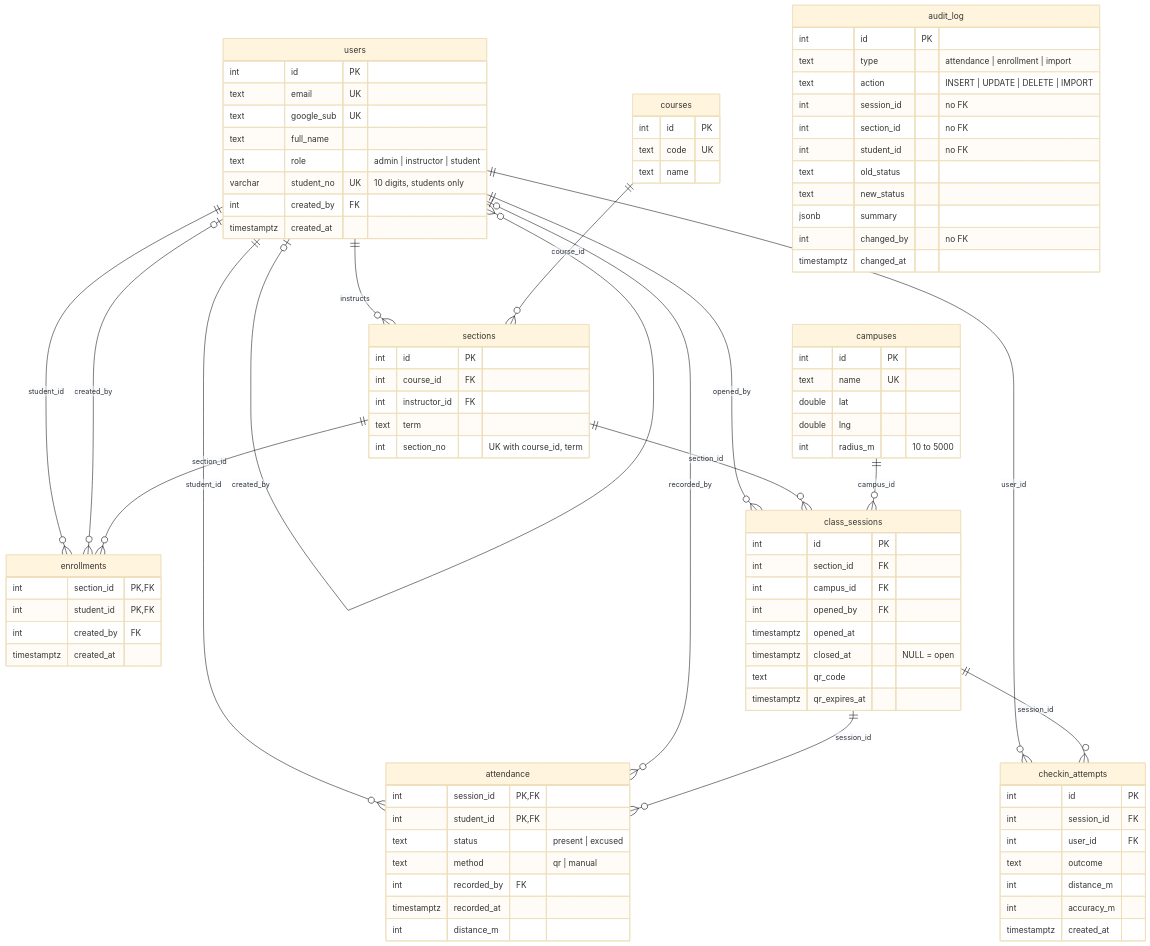
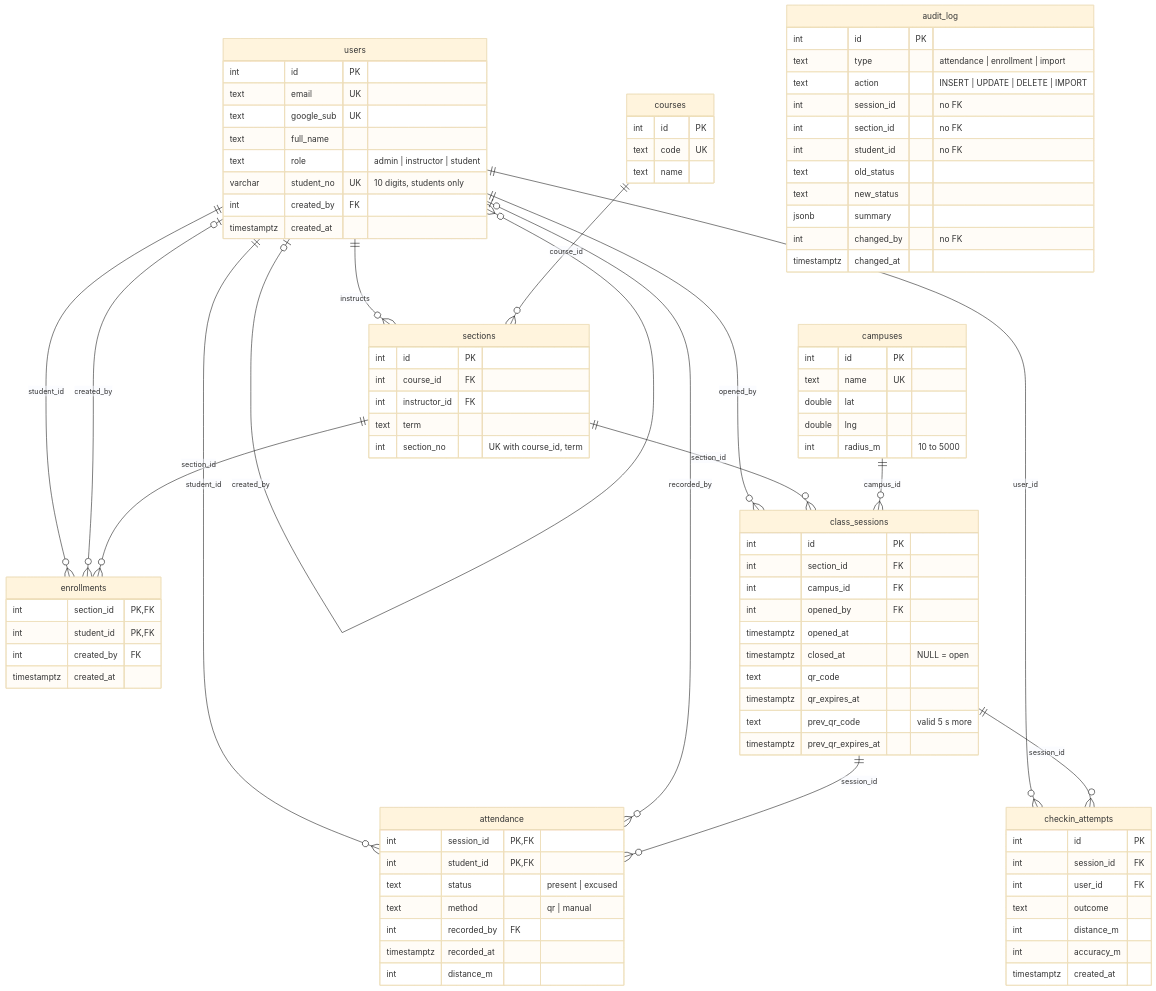
Before and after one commit to Yayikast/Mahub: the diagram in docs/ERD.mmd, drawn with Mermaid (base theme). The commit also changed 5 other files, not shown here.

```diff
--- a/docs/ERD.mmd
+++ b/docs/ERD.mmd
@@ -1,92 +1,94 @@
 erDiagram
   users |o--o{ users : "created_by"
   users ||--o{ sections : "instructs"
   users ||--o{ enrollments : "student_id"
   users |o--o{ enrollments : "created_by"
   users ||--o{ class_sessions : "opened_by"
   users ||--o{ attendance : "student_id"
   users |o--o{ attendance : "recorded_by"
   users ||--o{ checkin_attempts : "user_id"
   courses ||--o{ sections : "course_id"
   sections ||--o{ enrollments : "section_id"
   sections ||--o{ class_sessions : "section_id"
   campuses ||--o{ class_sessions : "campus_id"
   class_sessions ||--o{ attendance : "session_id"
   class_sessions ||--o{ checkin_attempts : "session_id"
 
   users {
     int id PK
     text email UK
     text google_sub UK
     text full_name
     text role "admin | instructor | student"
     varchar student_no UK "10 digits, students only"
     int created_by FK
     timestamptz created_at
   }
   courses {
     int id PK
     text code UK
     text name
   }
   campuses {
     int id PK
     text name UK
     double lat
     double lng
     int radius_m "10 to 5000"
   }
   sections {
     int id PK
     int course_id FK
     int instructor_id FK
     text term
     int section_no "UK with course_id, term"
   }
   enrollments {
     int section_id PK, FK
     int student_id PK, FK
     int created_by FK
     timestamptz created_at
   }
   class_sessions {
     int id PK
     int section_id FK
     int campus_id FK
     int opened_by FK
     timestamptz opened_at
     timestamptz closed_at "NULL = open"
     text qr_code
     timestamptz qr_expires_at
+    text prev_qr_code "valid 5 s more"
+    timestamptz prev_qr_expires_at
   }
   attendance {
     int session_id PK, FK
     int student_id PK, FK
     text status "present | excused"
     text method "qr | manual"
     int recorded_by FK
     timestamptz recorded_at
     int distance_m
   }
   checkin_attempts {
     int id PK
     int session_id FK
     int user_id FK
     text outcome
     int distance_m
     int accuracy_m
     timestamptz created_at
   }
   audit_log {
     int id PK
     text type "attendance | enrollment | import"
     text action "INSERT | UPDATE | DELETE | IMPORT"
     int session_id "no FK"
     int section_id "no FK"
     int student_id "no FK"
     text old_status
     text new_status
     jsonb summary
     int changed_by "no FK"
     timestamptz changed_at
   }
```
